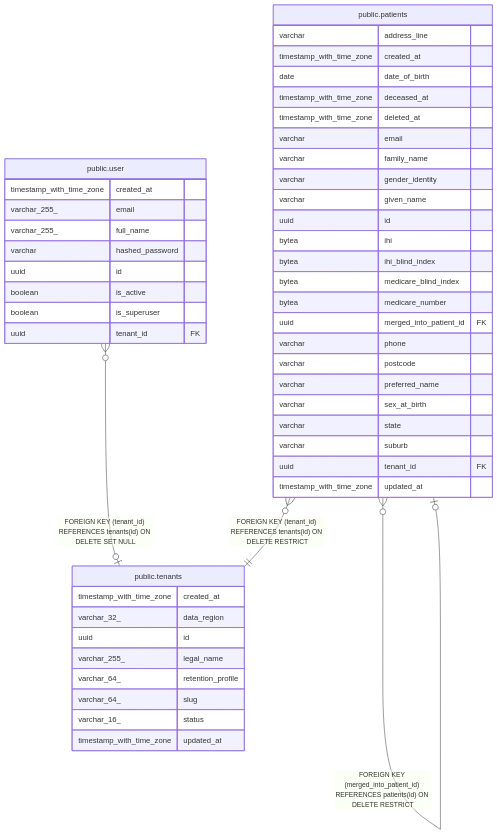
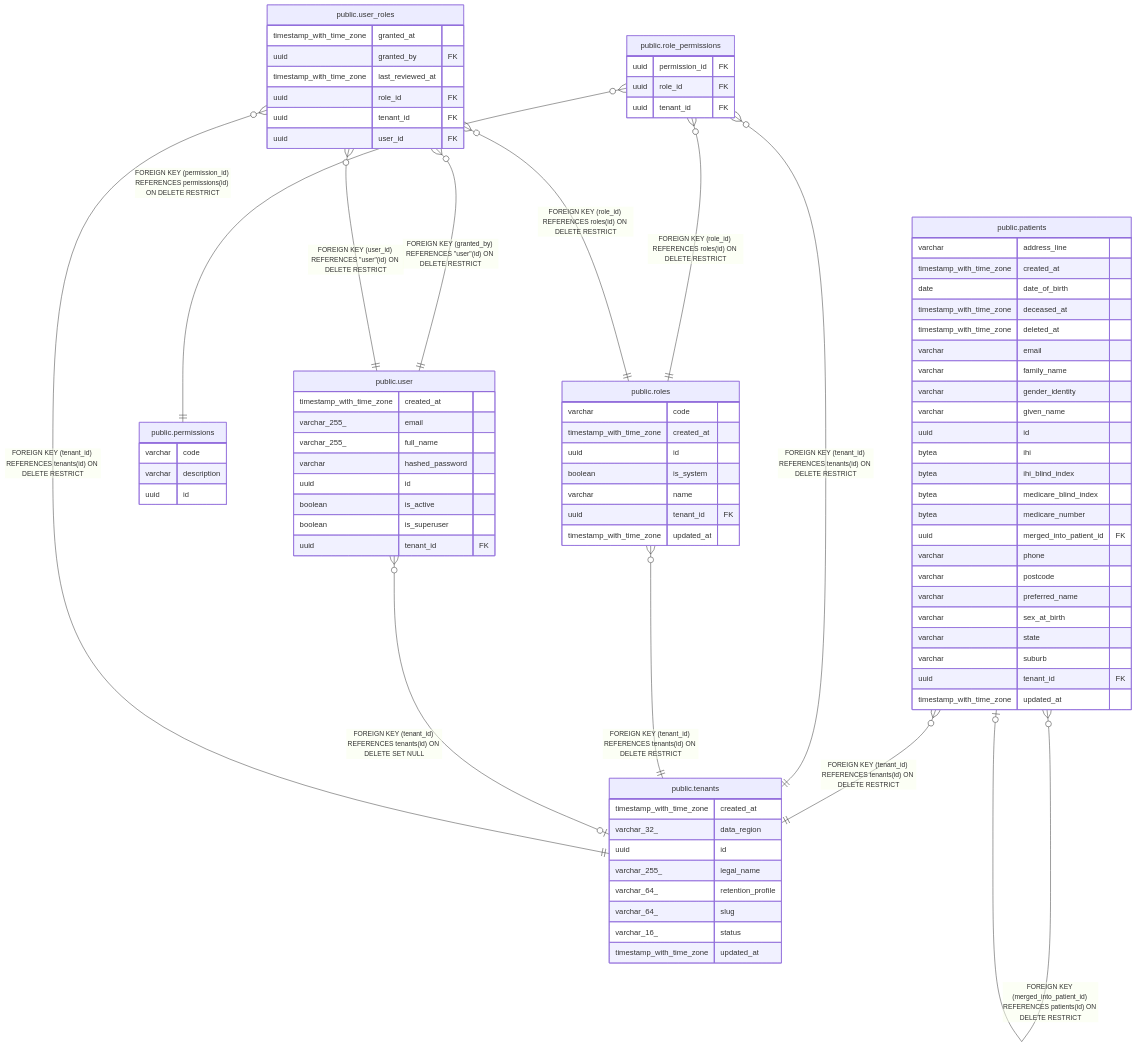
One commit to irajput215/clinic-os changed the diagram in docs/reference/schema/README.md. Above: the diagram before and after it, drawn with Mermaid. The commit also changed other lines of this file and 6 other files, not shown here.

First line of the commit message:
docs(schema): regenerate the diagrams for the RBAC tables

````diff
--- a/docs/reference/schema/README.md
+++ b/docs/reference/schema/README.md
@@ -30,7 +34,15 @@
 
 "public.patients" }o--|| "public.tenants" : "FOREIGN KEY (tenant_id) REFERENCES tenants(id) ON DELETE RESTRICT"
 "public.patients" }o--o| "public.patients" : "FOREIGN KEY (merged_into_patient_id) REFERENCES patients(id) ON DELETE RESTRICT"
+"public.role_permissions" }o--|| "public.tenants" : "FOREIGN KEY (tenant_id) REFERENCES tenants(id) ON DELETE RESTRICT"
+"public.role_permissions" }o--|| "public.permissions" : "FOREIGN KEY (permission_id) REFERENCES permissions(id) ON DELETE RESTRICT"
+"public.role_permissions" }o--|| "public.roles" : "FOREIGN KEY (role_id) REFERENCES roles(id) ON DELETE RESTRICT"
+"public.roles" }o--|| "public.tenants" : "FOREIGN KEY (tenant_id) REFERENCES tenants(id) ON DELETE RESTRICT"
 "public.user" }o--o| "public.tenants" : "FOREIGN KEY (tenant_id) REFERENCES tenants(id) ON DELETE SET NULL"
+"public.user_roles" }o--|| "public.user" : "FOREIGN KEY (granted_by) REFERENCES #quot;user#quot;(id) ON DELETE RESTRICT"
+"public.user_roles" }o--|| "public.user" : "FOREIGN KEY (user_id) REFERENCES #quot;user#quot;(id) ON DELETE RESTRICT"
+"public.user_roles" }o--|| "public.tenants" : "FOREIGN KEY (tenant_id) REFERENCES tenants(id) ON DELETE RESTRICT"
+"public.user_roles" }o--|| "public.roles" : "FOREIGN KEY (role_id) REFERENCES roles(id) ON DELETE RESTRICT"
 
 "public.patients" {
   varchar address_line
@@ -57,6 +69,25 @@
   uuid tenant_id FK
   timestamp_with_time_zone updated_at
 }
+"public.permissions" {
+  varchar code
+  varchar description
+  uuid id
+}
+"public.role_permissions" {
+  uuid permission_id FK
+  uuid role_id FK
+  uuid tenant_id FK
+}
+"public.roles" {
+  varchar code
+  timestamp_with_time_zone created_at
+  uuid id
+  boolean is_system
+  varchar name
+  uuid tenant_id FK
+  timestamp_with_time_zone updated_at
+}
 "public.tenants" {
   timestamp_with_time_zone created_at
   varchar_32_ data_region
@@ -77,4 +108,12 @@
   boolean is_superuser
   uuid tenant_id FK
 }
+"public.user_roles" {
+  timestamp_with_time_zone granted_at
+  uuid granted_by FK
+  timestamp_with_time_zone last_reviewed_at
+  uuid role_id FK
+  uuid tenant_id FK
+  uuid user_id FK
+}
 ```
````
